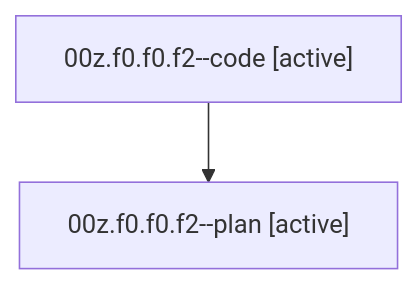
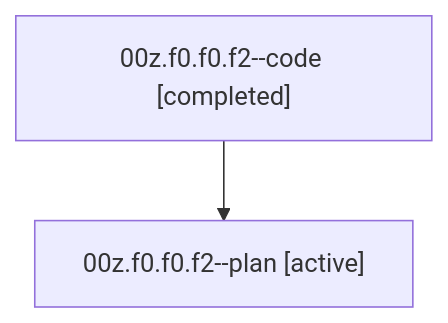
The diagram in families/bbugyi200.athena.00z.f0.f0.f2.md (sase-org/sase--agents), drawn with Mermaid before and after one commit. The commit also changed other lines of this file and 35830 other files, not shown here.

````diff
--- a/families/bbugyi200.athena.00z.f0.f0.f2.md
+++ b/families/bbugyi200.athena.00z.f0.f0.f2.md
@@ -9,6 +9,6 @@
 ```mermaid
 flowchart TD
-  n0["00z.f0.f0.f2--code [active]"]
+  n0["00z.f0.f0.f2--code [completed]"]
   n1["00z.f0.f0.f2--plan [active]"]
   n0 --> n1
 ```
````
